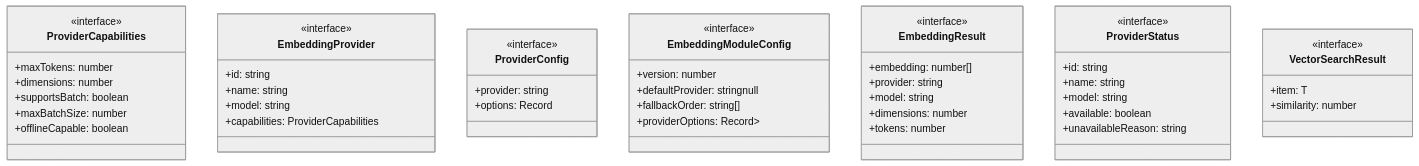
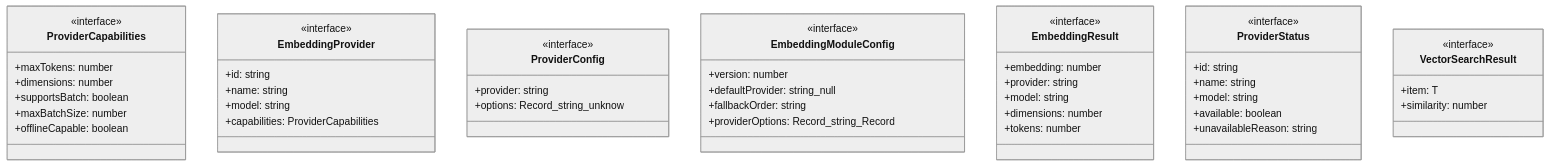
The diagram in ABDD/.pi/lib/embeddings/types.md (Mekann2904/mekann), drawn with Mermaid (neutral theme) before and after one commit. The commit also changed other lines of this file and 174 other files, not shown here.

First line of the commit message:
fix(docs): ABDDのMermaid図生成エラーを修正する

````diff
--- a/ABDD/.pi/lib/embeddings/types.md
+++ b/ABDD/.pi/lib/embeddings/types.md
@@ -32,51 +32,51 @@
 ```mermaid
 classDiagram
   class ProviderCapabilities {
     <<interface>>
     +maxTokens: number
     +dimensions: number
     +supportsBatch: boolean
     +maxBatchSize: number
     +offlineCapable: boolean
   }
   class EmbeddingProvider {
     <<interface>>
     +id: string
     +name: string
     +model: string
     +capabilities: ProviderCapabilities
   }
   class ProviderConfig {
     <<interface>>
     +provider: string
-    +options: Record<stringunknown>
+    +options: Record_string_unknow
   }
   class EmbeddingModuleConfig {
     <<interface>>
     +version: number
-    +defaultProvider: stringnull
-    +fallbackOrder: string[]
-    +providerOptions: Record<stringRecord<stringunknown>>
+    +defaultProvider: string_null
+    +fallbackOrder: string
+    +providerOptions: Record_string_Record
   }
   class EmbeddingResult {
     <<interface>>
-    +embedding: number[]
+    +embedding: number
     +provider: string
     +model: string
     +dimensions: number
     +tokens: number
   }
   class ProviderStatus {
     <<interface>>
     +id: string
     +name: string
     +model: string
     +available: boolean
     +unavailableReason: string
   }
   class VectorSearchResult {
     <<interface>>
     +item: T
     +similarity: number
   }
 ```
````
